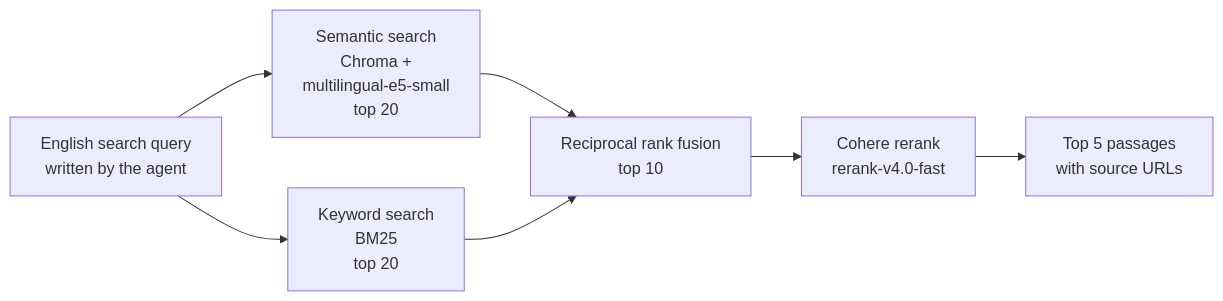
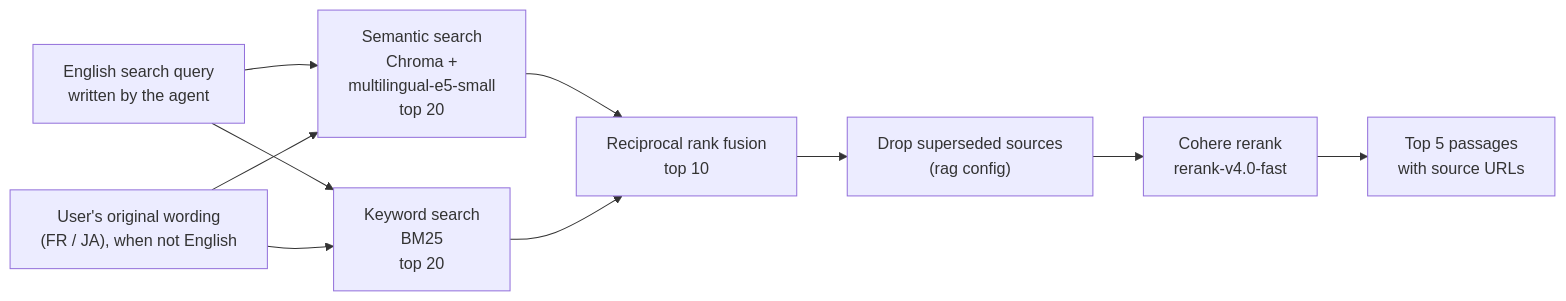
One commit to Blitz-adali/CCIFJ-CHATBOT changed the sixth of 6 diagrams in README.md. Above: the diagram before and after it, drawn with Mermaid. The commit also changed other lines of this file and 20 other files, not shown here.

````diff
--- a/README.md
+++ b/README.md
@@ -323,9 +326,12 @@
 ```mermaid
 flowchart LR
     Q["English search query<br/>written by the agent"] --> S["Semantic search<br/>Chroma +<br/>multilingual-e5-small<br/>top 20"]
     Q --> L["Keyword search<br/>BM25<br/>top 20"]
+    O["User's original wording<br/>(FR / JA), when not English"] --> S
+    O --> L
     S --> F["Reciprocal rank fusion<br/>top 10"]
     L --> F
-    F --> R["Cohere rerank<br/>rerank-v4.0-fast"]
+    F --> X["Drop superseded sources<br/>(rag config)"]
+    X --> R["Cohere rerank<br/>rerank-v4.0-fast"]
     R --> OUT["Top 5 passages<br/>with source URLs"]
 ```
````
